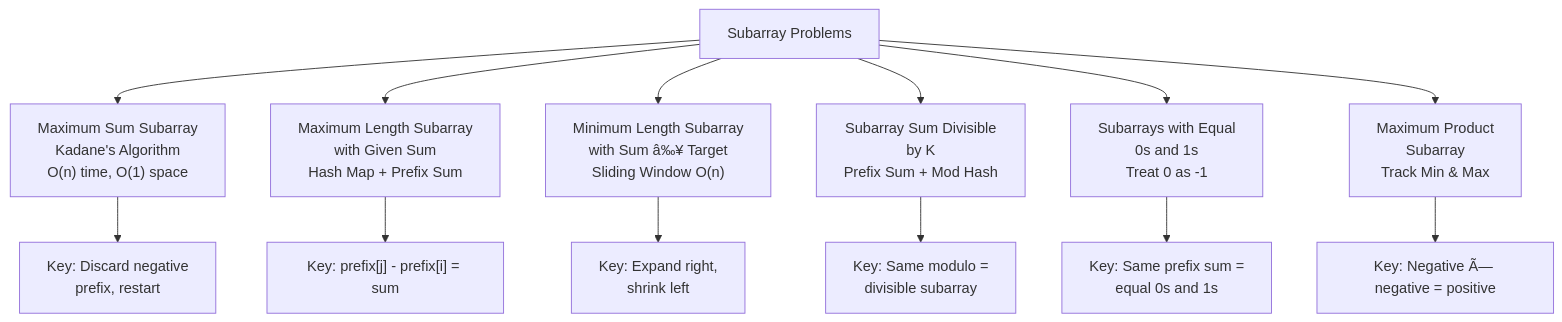
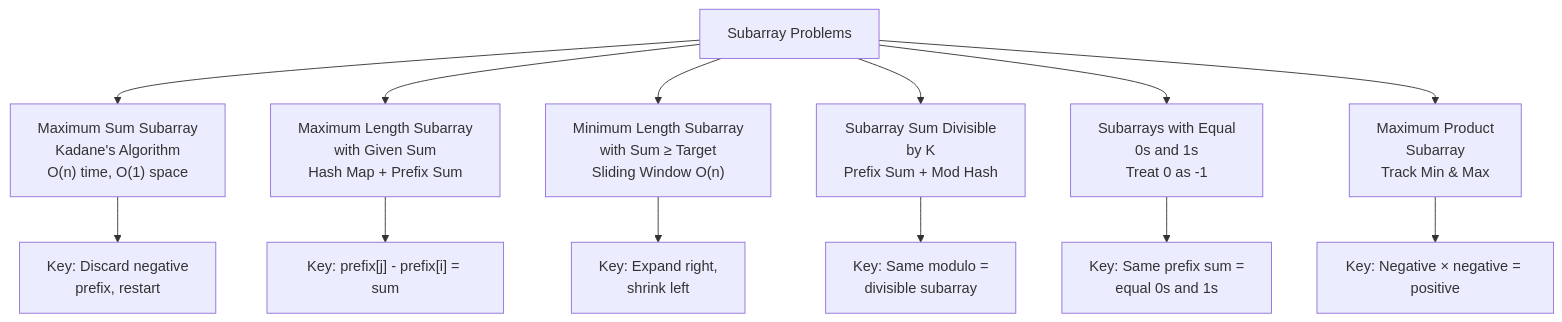
The second of 2 diagrams in docs/courses/data-structures/02-arrays.md (Raushan666java/ai-engineering-journey), drawn with Mermaid before and after one commit. The commit also changed other lines of this file and 965 other files, not shown here.

````diff
--- a/docs/courses/data-structures/02-arrays.md
+++ b/docs/courses/data-structures/02-arrays.md
@@ -2131,16 +2131,16 @@
 ```mermaid
 flowchart TD
     SP["Subarray Problems"] --> MaxSum["Maximum Sum Subarray<br/>Kadane's Algorithm<br/>O(n) time, O(1) space"]
     SP --> MaxLen["Maximum Length Subarray<br/>with Given Sum<br/>Hash Map + Prefix Sum"]
-    SP --> MinLen["Minimum Length Subarray<br/>with Sum â‰¥ Target<br/>Sliding Window O(n)"]
+    SP --> MinLen["Minimum Length Subarray<br/>with Sum ≥ Target<br/>Sliding Window O(n)"]
     SP --> SubDiv["Subarray Sum Divisible<br/>by K<br/>Prefix Sum + Mod Hash"]
     SP --> SubEq["Subarrays with Equal<br/>0s and 1s<br/>Treat 0 as -1"]
     SP --> MaxProd["Maximum Product<br/>Subarray<br/>Track Min & Max"]
     
     MaxSum --> KeyInsight1["Key: Discard negative<br/>prefix, restart"]
     MaxLen --> KeyInsight2["Key: prefix[j] - prefix[i] = sum"]
     MinLen --> KeyInsight3["Key: Expand right,<br/>shrink left"]
     SubDiv --> KeyInsight4["Key: Same modulo =<br/>divisible subarray"]
     SubEq --> KeyInsight5["Key: Same prefix sum =<br/>equal 0s and 1s"]
-    MaxProd --> KeyInsight6["Key: Negative Ã— negative = positive"]
+    MaxProd --> KeyInsight6["Key: Negative × negative = positive"]
 ```
````
